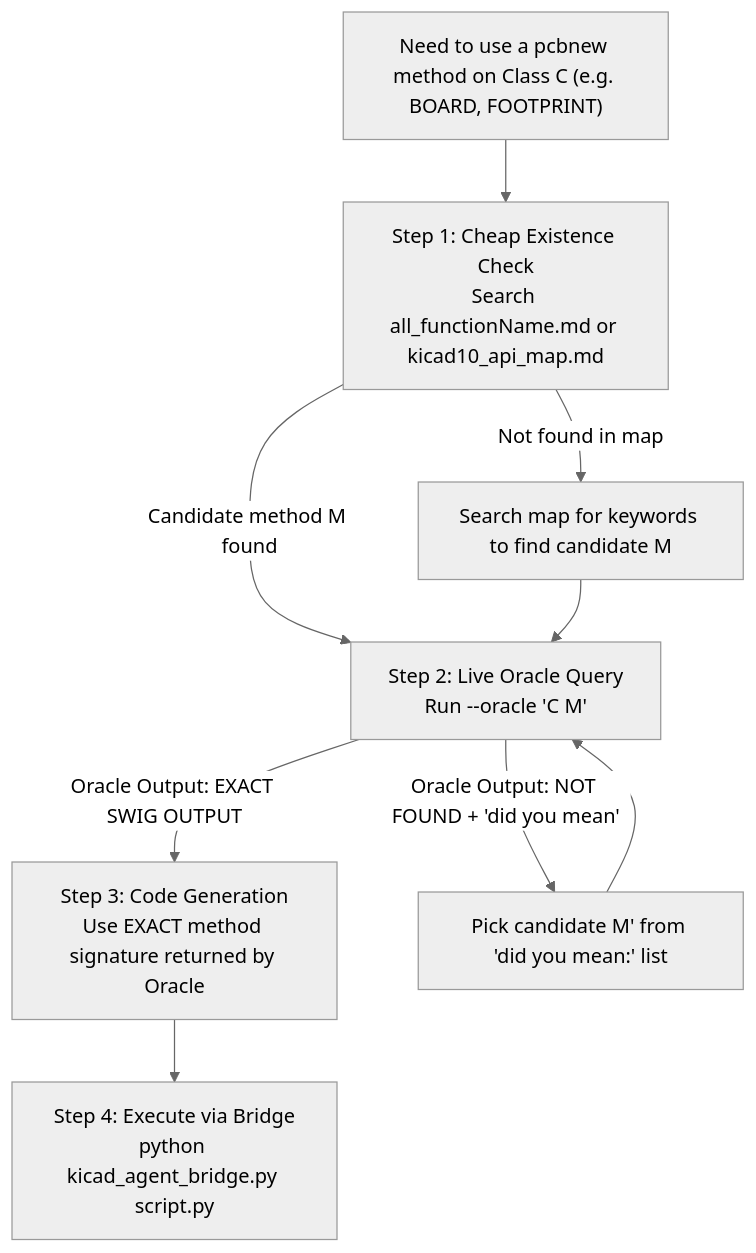
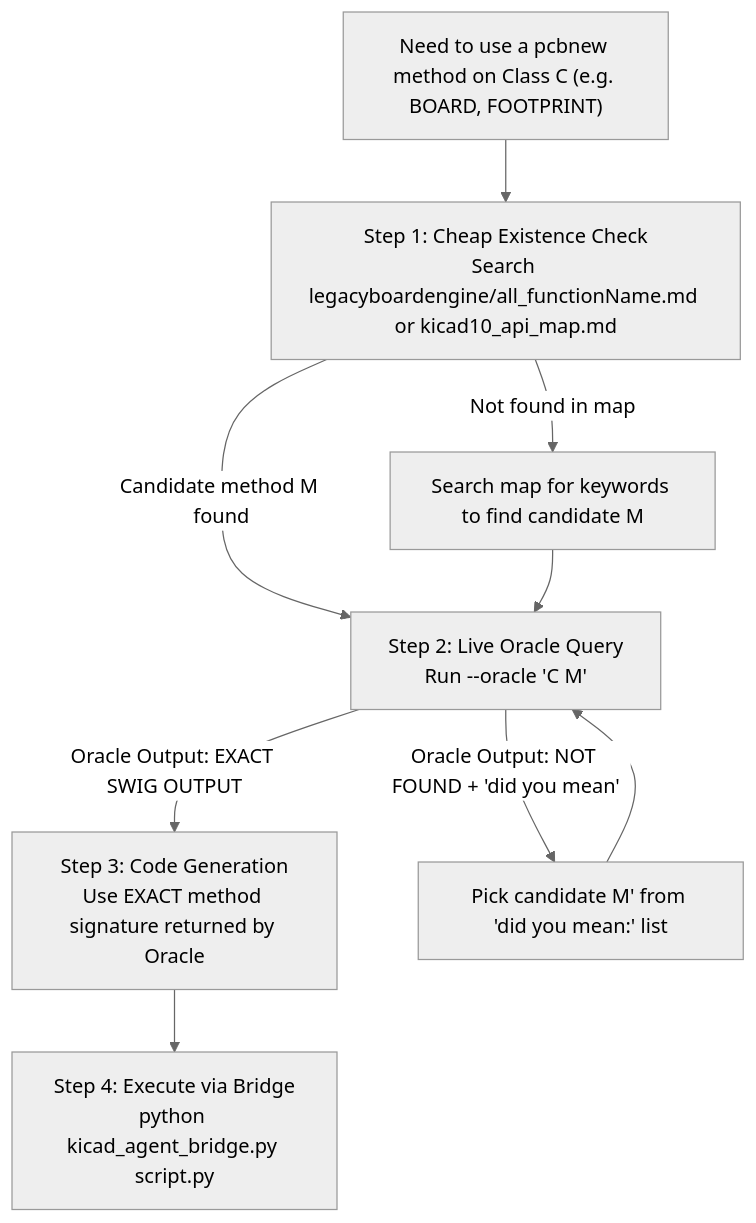
The second of 2 diagrams in SKILL.md (ShahMdAbid/Kaibridge), drawn with Mermaid (neutral theme) before and after one commit. The commit also changed other lines of this file and 8 other files, not shown here.

````diff
--- a/SKILL.md
+++ b/SKILL.md
@@ -275,9 +275,9 @@
 ```mermaid
 graph TD
-    A["Need to use a pcbnew method on Class C (e.g. BOARD, FOOTPRINT)"] --> B["Step 1: Cheap Existence Check<br/>Search all_functionName.md or kicad10_api_map.md"]
+    A["Need to use a pcbnew method on Class C (e.g. BOARD, FOOTPRINT)"] --> B["Step 1: Cheap Existence Check<br/>Search legacyboardengine/all_functionName.md or kicad10_api_map.md"]
     B -->|Candidate method M found| C["Step 2: Live Oracle Query<br/>Run --oracle 'C M'"]
     B -->|Not found in map| D["Search map for keywords to find candidate M"] --> C
     C -->|Oracle Output: EXACT SWIG OUTPUT| E["Step 3: Code Generation<br/>Use EXACT method signature returned by Oracle"]
     C -->|Oracle Output: NOT FOUND + 'did you mean'| F["Pick candidate M' from 'did you mean:' list"] --> C
     E --> G["Step 4: Execute via Bridge<br/>python kicad_agent_bridge.py script.py"]
 ```
````
